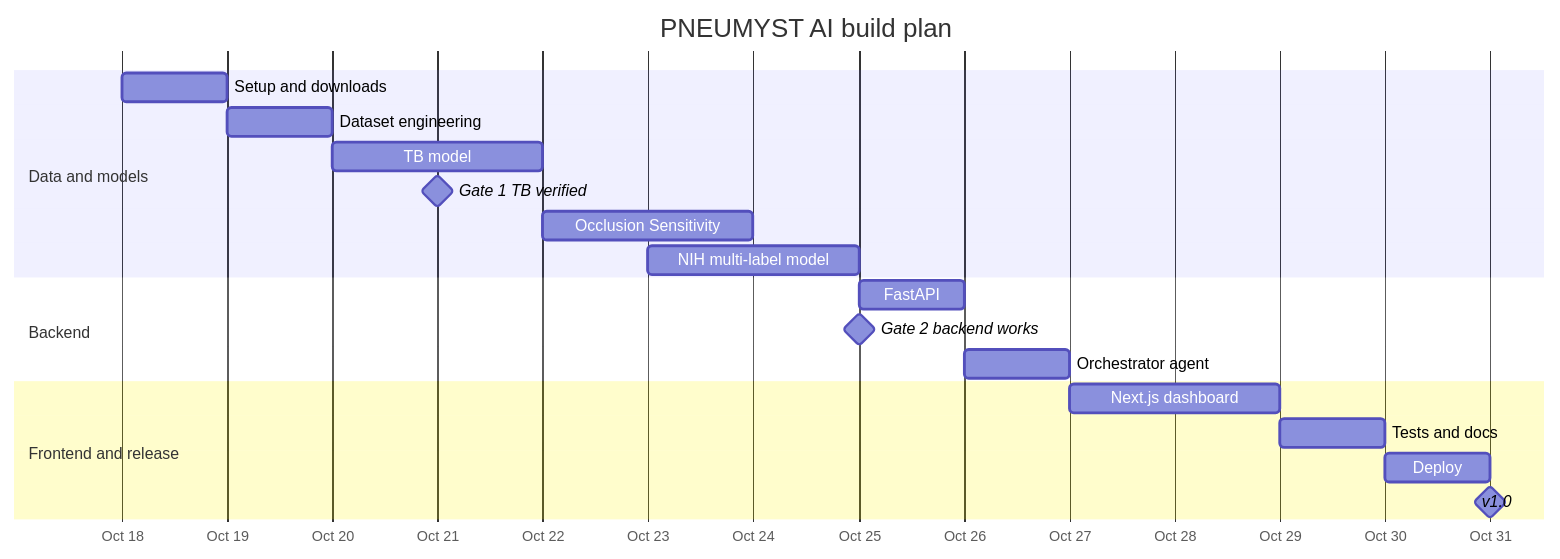
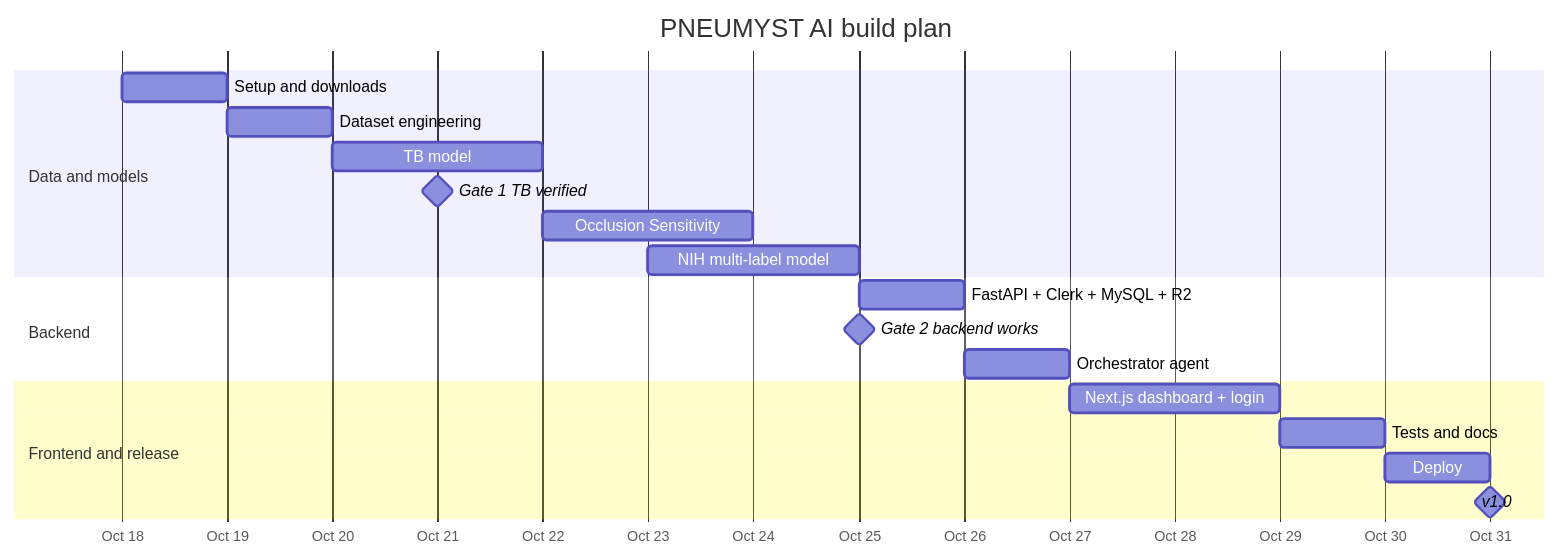
One commit to Fy1zN/pneumyst-ai changed the fourth of 4 diagrams in README.md. Above: the diagram before and after it, drawn with Mermaid. The commit also changed other lines of this file, not shown here.

````diff
--- a/README.md
+++ b/README.md
@@ -406,22 +501,22 @@
 ```mermaid
 gantt
     title PNEUMYST AI build plan
     dateFormat YYYY-MM-DD
     axisFormat %b %d
     section Data and models
     Setup and downloads          :a1, 2026-10-18, 1d
     Dataset engineering          :a2, 2026-10-19, 1d
     TB model                     :a3, 2026-10-20, 2d
     Gate 1 TB verified           :milestone, 2026-10-21, 0d
     Occlusion Sensitivity        :a4, 2026-10-22, 2d
     NIH multi-label model        :a5, 2026-10-23, 2d
     section Backend
-    FastAPI                      :b1, 2026-10-25, 1d
+    FastAPI + Clerk + MySQL + R2 :b1, 2026-10-25, 1d
     Gate 2 backend works         :milestone, 2026-10-25, 0d
     Orchestrator agent           :b2, 2026-10-26, 1d
     section Frontend and release
-    Next.js dashboard            :c1, 2026-10-27, 2d
+    Next.js dashboard + login    :c1, 2026-10-27, 2d
     Tests and docs               :c2, 2026-10-29, 1d
     Deploy                       :c3, 2026-10-30, 1d
     v1.0                         :milestone, 2026-10-31, 0d
 ```
````
